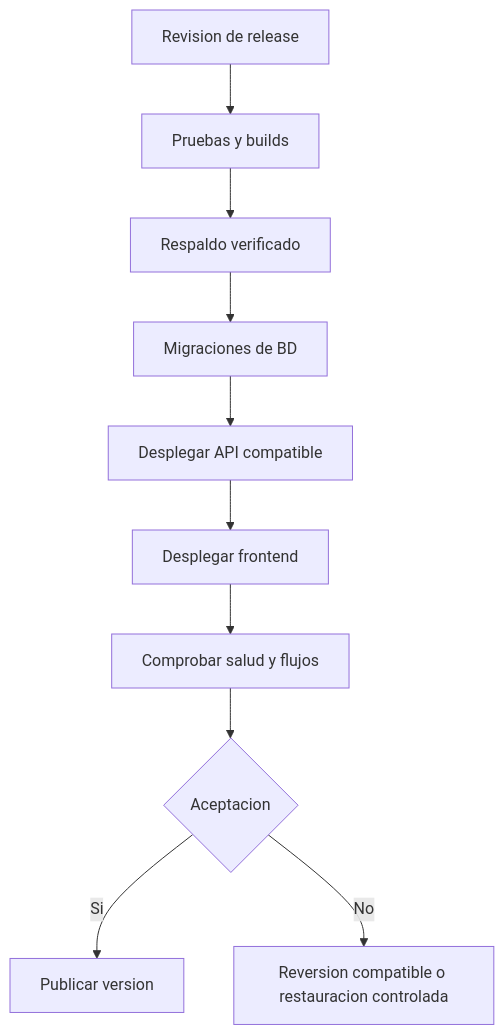
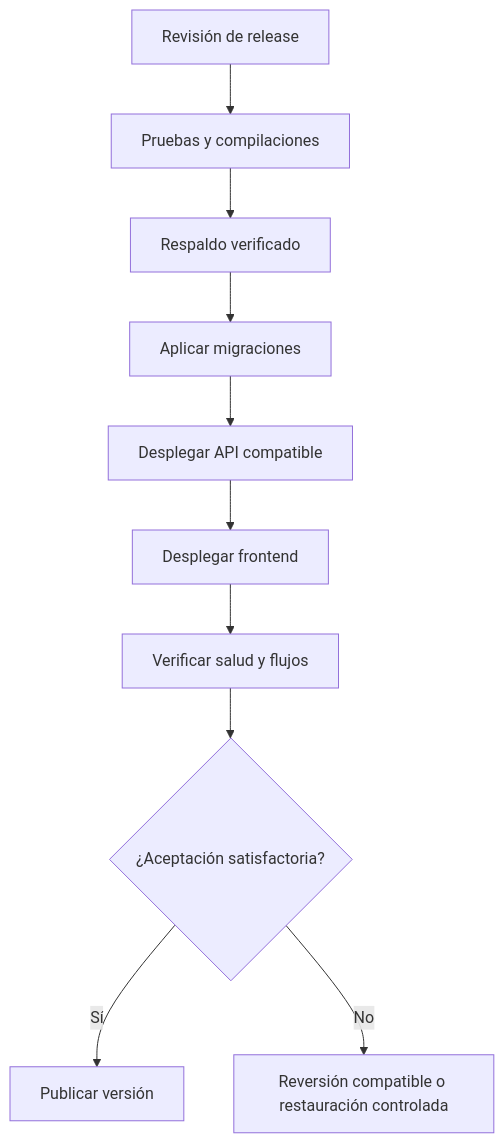
The diagram in docs/13-despliegue-operacion/01-procedimiento-despliegue.md (EderPanta18/alivia-humanitarian-system-design), drawn with Mermaid before and after one commit. The commit also changed other lines of this file and 44 other files, not shown here.

````diff
--- a/docs/13-despliegue-operacion/01-procedimiento-despliegue.md
+++ b/docs/13-despliegue-operacion/01-procedimiento-despliegue.md
@@ -18,12 +24,12 @@
 ```mermaid
 flowchart TD
- S[Revision de release] --> T[Pruebas y builds]
- T --> B[Respaldo verificado]
- B --> M[Migraciones de BD]
- M --> A[Desplegar API compatible]
- A --> F[Desplegar frontend]
- F --> H[Comprobar salud y flujos]
- H --> D{Aceptacion}
- D -- Si --> OK[Publicar version]
- D -- No --> R[Reversion compatible o restauracion controlada]
+    S[Revisión de release] --> T[Pruebas y compilaciones]
+    T --> B[Respaldo verificado]
+    B --> M[Aplicar migraciones]
+    M --> A[Desplegar API compatible]
+    A --> F[Desplegar frontend]
+    F --> H[Verificar salud y flujos]
+    H --> D{¿Aceptación satisfactoria?}
+    D -- Sí --> OK[Publicar versión]
+    D -- No --> R[Reversión compatible o restauración controlada]
 ```
````
